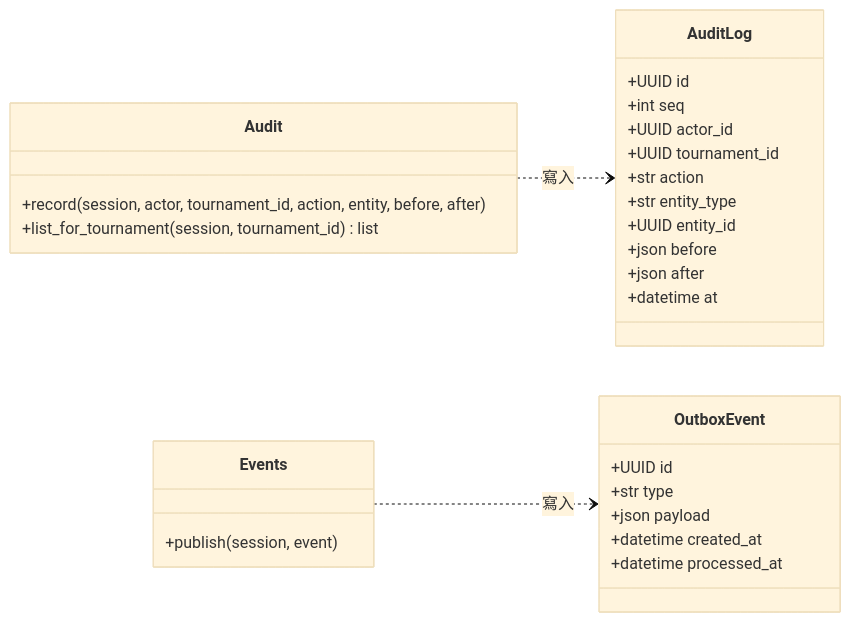
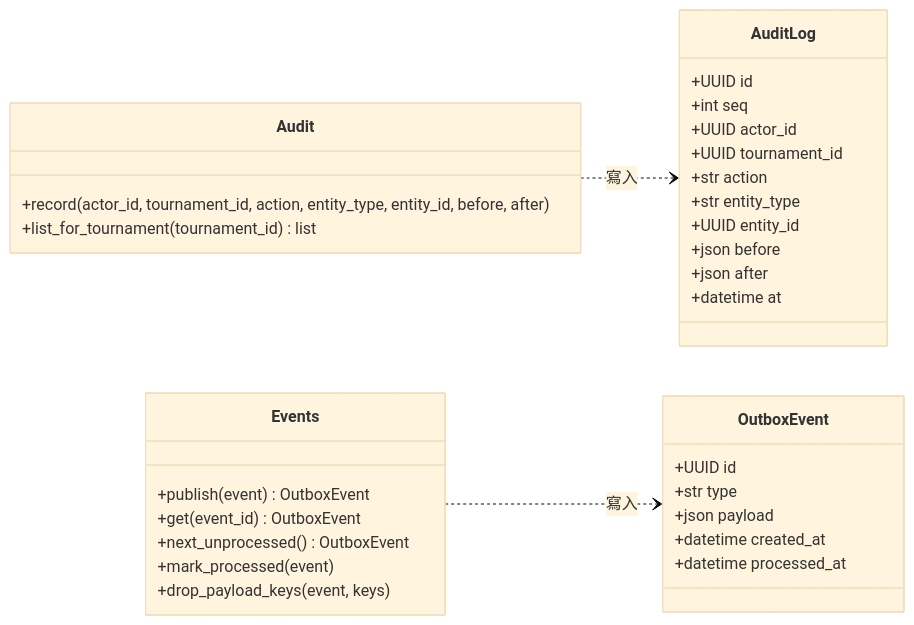
The second of 15 diagrams in docs/midterm/D-物件設計文件.md (Team14good/esport-platform), drawn with Mermaid (base theme) before and after one commit. The commit also changed other lines of this file and 14 other files, not shown here.

````diff
--- a/docs/midterm/D-物件設計文件.md
+++ b/docs/midterm/D-物件設計文件.md
@@ -72,32 +75,36 @@
 ```mermaid
 classDiagram
   direction LR
   class AuditLog {
     +UUID id
     +int seq
     +UUID actor_id
     +UUID tournament_id
     +str action
     +str entity_type
     +UUID entity_id
     +json before
     +json after
     +datetime at
   }
   class OutboxEvent {
     +UUID id
     +str type
     +json payload
     +datetime created_at
     +datetime processed_at
   }
   class Audit {
-    +record(session, actor, tournament_id, action, entity, before, after)
-    +list_for_tournament(session, tournament_id) list
+    +record(actor_id, tournament_id, action, entity_type, entity_id, before, after)
+    +list_for_tournament(tournament_id) list
   }
   class Events {
-    +publish(session, event)
+    +publish(event) OutboxEvent
+    +get(event_id) OutboxEvent
+    +next_unprocessed() OutboxEvent
+    +mark_processed(event)
+    +drop_payload_keys(event, keys)
   }
   Audit ..> AuditLog : 寫入
   Events ..> OutboxEvent : 寫入
 ```
````
